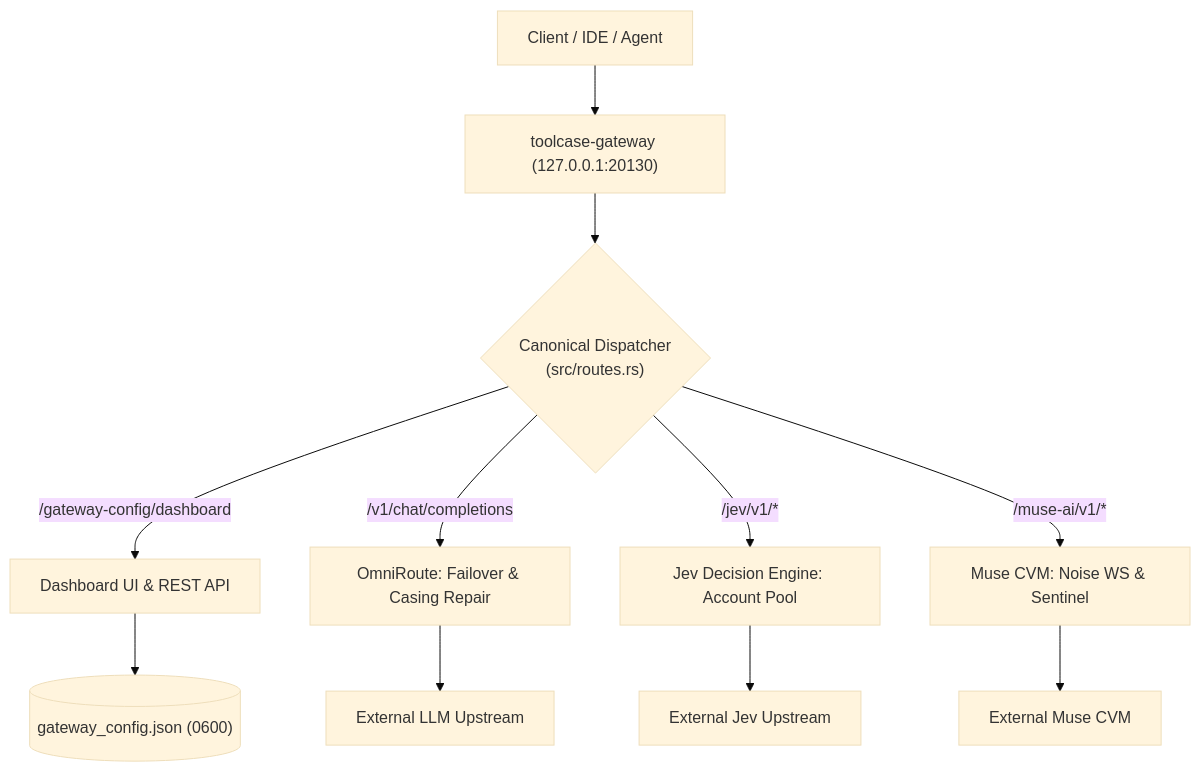
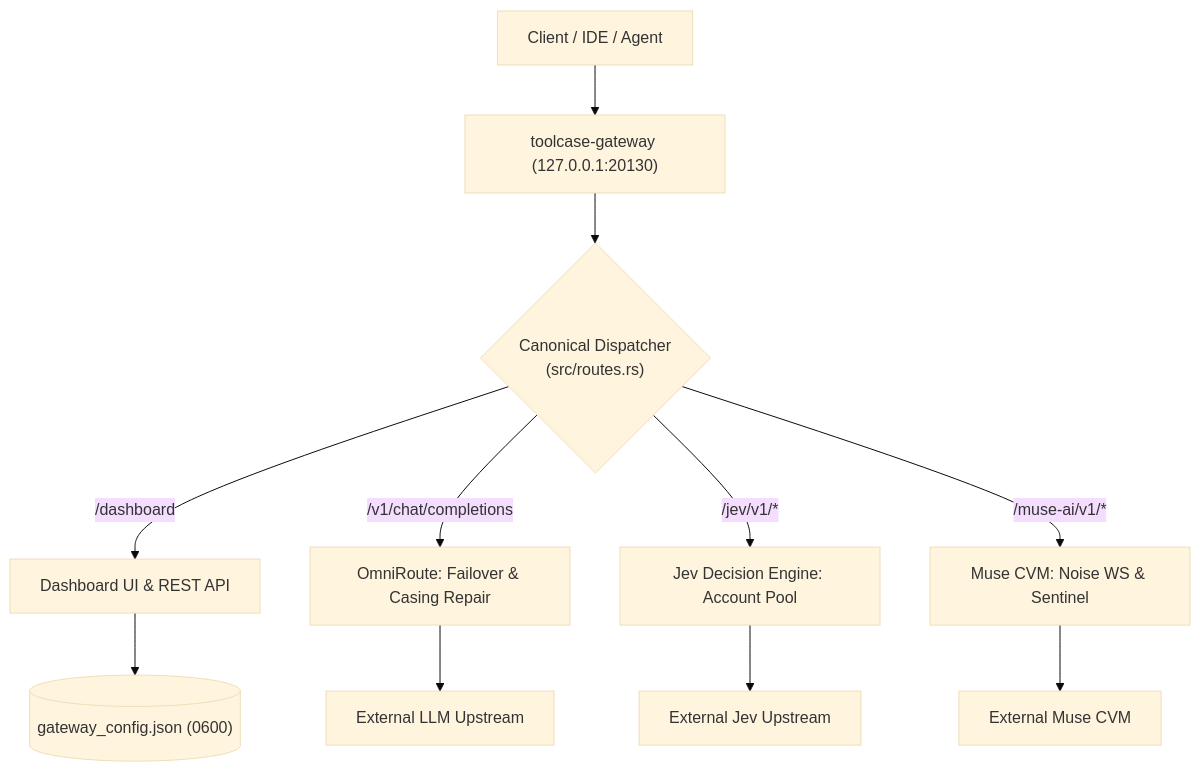
One commit to giauphan/toolcase-gateway changed the diagram in README.md. Above: the diagram before and after it, drawn with Mermaid (base theme). The commit also changed other lines of this file and 38 other files, not shown here.

````diff
--- a/README.md
+++ b/README.md
@@ -38,15 +39,15 @@
 ```mermaid
 graph TD
     Client["Client / IDE / Agent"] --> Gateway["toolcase-gateway (127.0.0.1:20130)"]
     Gateway --> Dispatcher{"Canonical Dispatcher<br>(src/routes.rs)"}
     
-    Dispatcher -->|"/gateway-config/dashboard"| Dashboard["Dashboard UI & REST API"]
+    Dispatcher -->|"/dashboard"| Dashboard["Dashboard UI & REST API"]
     Dispatcher -->|"/v1/chat/completions"| OmniRoute["OmniRoute: Failover & Casing Repair"]
     Dispatcher -->|"/jev/v1/*"| Jev["Jev Decision Engine: Account Pool"]
     Dispatcher -->|"/muse-ai/v1/*"| Muse["Muse CVM: Noise WS & Sentinel"]
     
     Dashboard --> Disk[("gateway_config.json (0600)")]
     OmniRoute --> UpstreamLLM["External LLM Upstream"]
     Jev --> UpstreamJev["External Jev Upstream"]
     Muse --> UpstreamMuse["External Muse CVM"]
 ```
````
